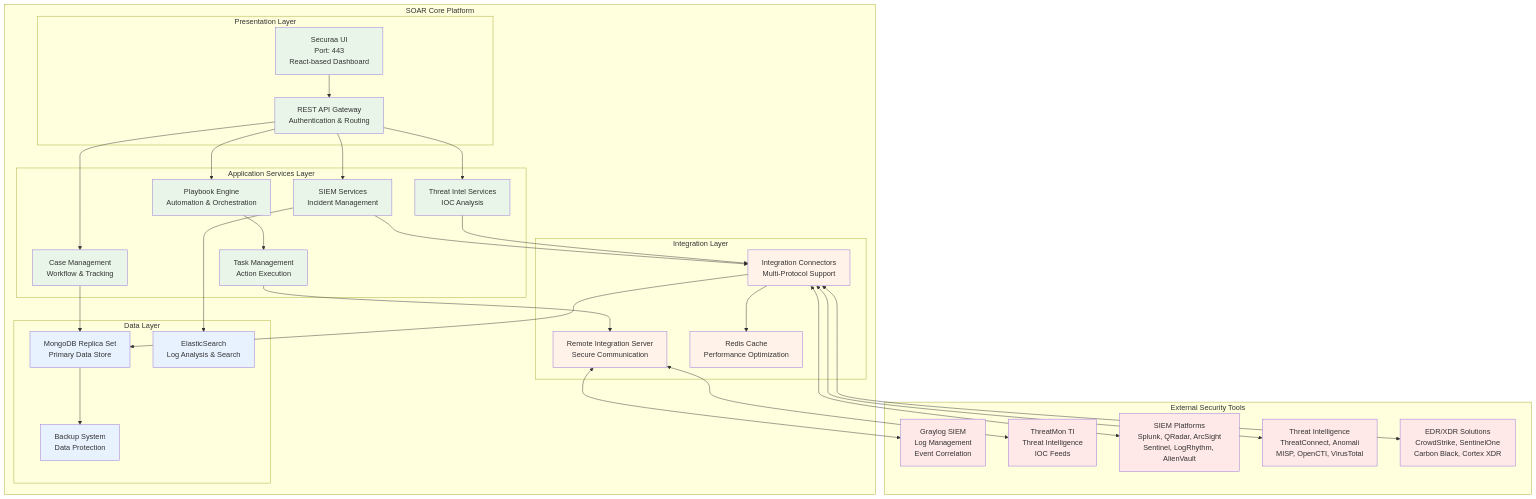
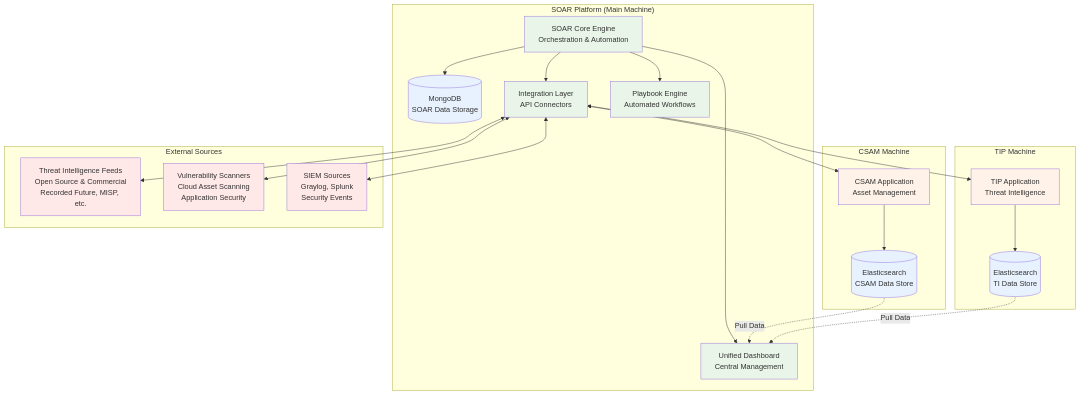
Before and after one commit to Vishwa0220/customers-docs: the first of 14 diagrams in SOAR_Architecture_SIEM_TI_Integration_Documentation.md, drawn with Mermaid. The commit also changed other lines of this file, not shown here.

````diff
--- a/SOAR_Architecture_SIEM_TI_Integration_Documentation.md
+++ b/SOAR_Architecture_SIEM_TI_Integration_Documentation.md
@@ -26,75 +23,58 @@
 ```mermaid
 graph TB
-    subgraph "SOAR Core Platform"
-        subgraph "Presentation Layer"
-            UI[Securaa UI<br/>Port: 443<br/>React-based Dashboard]
-            API[REST API Gateway<br/>Authentication & Routing]
-        end
-        
-        subgraph "Application Services Layer"
-            PLAYBOOK[Playbook Engine<br/>Automation & Orchestration]
-            SIEM_SVC[SIEM Services<br/>Incident Management]
-            TI_SVC[Threat Intel Services<br/>IOC Analysis]
-            CASE_MGT[Case Management<br/>Workflow & Tracking]
-            TASK_MGT[Task Management<br/>Action Execution]
-        end
-        
-        subgraph "Integration Layer"
-            CONNECTOR[Integration Connectors<br/>Multi-Protocol Support]
-            RIS[Remote Integration Server<br/>Secure Communication]
-            CACHE[Redis Cache<br/>Performance Optimization]
-        end
-        
-        subgraph "Data Layer"
-            MONGO[MongoDB Replica Set<br/>Primary Data Store]
-            ELASTIC[ElasticSearch<br/>Log Analysis & Search]
-            BACKUP[Backup System<br/>Data Protection]
-        end
+    subgraph "SOAR Platform (Main Machine)"
+        SOAR_CORE[SOAR Core Engine<br/>Orchestration & Automation]
+        MONGO_DB[(MongoDB<br/>SOAR Data Storage)]
+        INTEGRATIONS[Integration Layer<br/>API Connectors]
+        PLAYBOOKS[Playbook Engine<br/>Automated Workflows]
+        DASHBOARD[Unified Dashboard<br/>Central Management]
     end
     
-    subgraph "External Security Tools"
-        GRAYLOG[Graylog SIEM<br/>Log Management<br/>Event Correlation]
-        THREATMON[ThreatMon TI<br/>Threat Intelligence<br/>IOC Feeds]
-        SIEM_TOOLS[SIEM Platforms<br/>Splunk, QRadar, ArcSight<br/>Sentinel, LogRhythm, AlienVault]
-        TI_FEEDS[Threat Intelligence<br/>ThreatConnect, Anomali<br/>MISP, OpenCTI, VirusTotal]
-        EDR_TOOLS[EDR/XDR Solutions<br/>CrowdStrike, SentinelOne<br/>Carbon Black, Cortex XDR]
+    subgraph "CSAM Machine"
+        CSAM_APP[CSAM Application<br/>Asset Management]
+        ELASTIC_CSAM[(Elasticsearch<br/>CSAM Data Store)]
     end
     
-    %% UI Connections
-    UI --> API
-    API --> PLAYBOOK
-    API --> SIEM_SVC
-    API --> TI_SVC
-    API --> CASE_MGT
+    subgraph "TIP Machine"
+        TIP_APP[TIP Application<br/>Threat Intelligence]
+        ELASTIC_TIP[(Elasticsearch<br/>TI Data Store)]
+    end
     
-    %% Service Connections
-    PLAYBOOK --> TASK_MGT
-    SIEM_SVC --> CONNECTOR
-    TI_SVC --> CONNECTOR
-    CASE_MGT --> MONGO
-    TASK_MGT --> RIS
+    subgraph "External Sources"
+        TI_FEEDS[Threat Intelligence Feeds<br/>Open Source & Commercial<br/>Recorded Future, MISP, etc.]
+        VULN_SCANNERS[Vulnerability Scanners<br/>Cloud Asset Scanning<br/>Application Security]
+        SIEM_SOURCES[SIEM Sources<br/>Graylog, Splunk<br/>Security Events]
+    end
     
-    %% Data Layer Connections
-    CONNECTOR --> CACHE
-    CONNECTOR --> MONGO
-    SIEM_SVC --> ELASTIC
-    MONGO --> BACKUP
+    %% Core Connections
+    SOAR_CORE --> MONGO_DB
+    SOAR_CORE --> INTEGRATIONS
+    SOAR_CORE --> PLAYBOOKS
+    SOAR_CORE --> DASHBOARD
+    
+    %% Integration Connections
+    INTEGRATIONS <--> CSAM_APP
+    INTEGRATIONS <--> TIP_APP
+    CSAM_APP --> ELASTIC_CSAM
+    TIP_APP --> ELASTIC_TIP
     
     %% External Integrations
-    RIS <--> GRAYLOG
-    RIS <--> THREATMON
-    CONNECTOR <--> SIEM_TOOLS
-    CONNECTOR <--> TI_FEEDS
-    CONNECTOR <--> EDR_TOOLS
+    INTEGRATIONS <--> TI_FEEDS
+    INTEGRATIONS <--> VULN_SCANNERS
+    INTEGRATIONS <--> SIEM_SOURCES
+    
+    %% Data Flow for Dashboards
+    ELASTIC_CSAM -.->|Pull Data| DASHBOARD
+    ELASTIC_TIP -.->|Pull Data| DASHBOARD
     
     %% Styling
-    classDef coreService fill:#e8f5e8
-    classDef integrationLayer fill:#fff2e8
-    classDef dataLayer fill:#e8f2ff
-    classDef externalTool fill:#ffe8e8
+    classDef soarComponent fill:#e8f5e8
+    classDef appComponent fill:#fff2e8
+    classDef dataComponent fill:#e8f2ff
+    classDef externalComponent fill:#ffe8e8
     
-    class UI,API,PLAYBOOK,SIEM_SVC,TI_SVC,CASE_MGT,TASK_MGT coreService
-    class CONNECTOR,RIS,CACHE integrationLayer
-    class MONGO,ELASTIC,BACKUP dataLayer
-    class GRAYLOG,THREATMON,SIEM_TOOLS,TI_FEEDS,EDR_TOOLS externalTool
+    class SOAR_CORE,INTEGRATIONS,PLAYBOOKS,DASHBOARD soarComponent
+    class CSAM_APP,TIP_APP appComponent
+    class MONGO_DB,ELASTIC_CSAM,ELASTIC_TIP dataComponent
+    class TI_FEEDS,VULN_SCANNERS,SIEM_SOURCES externalComponent
 ```
````
